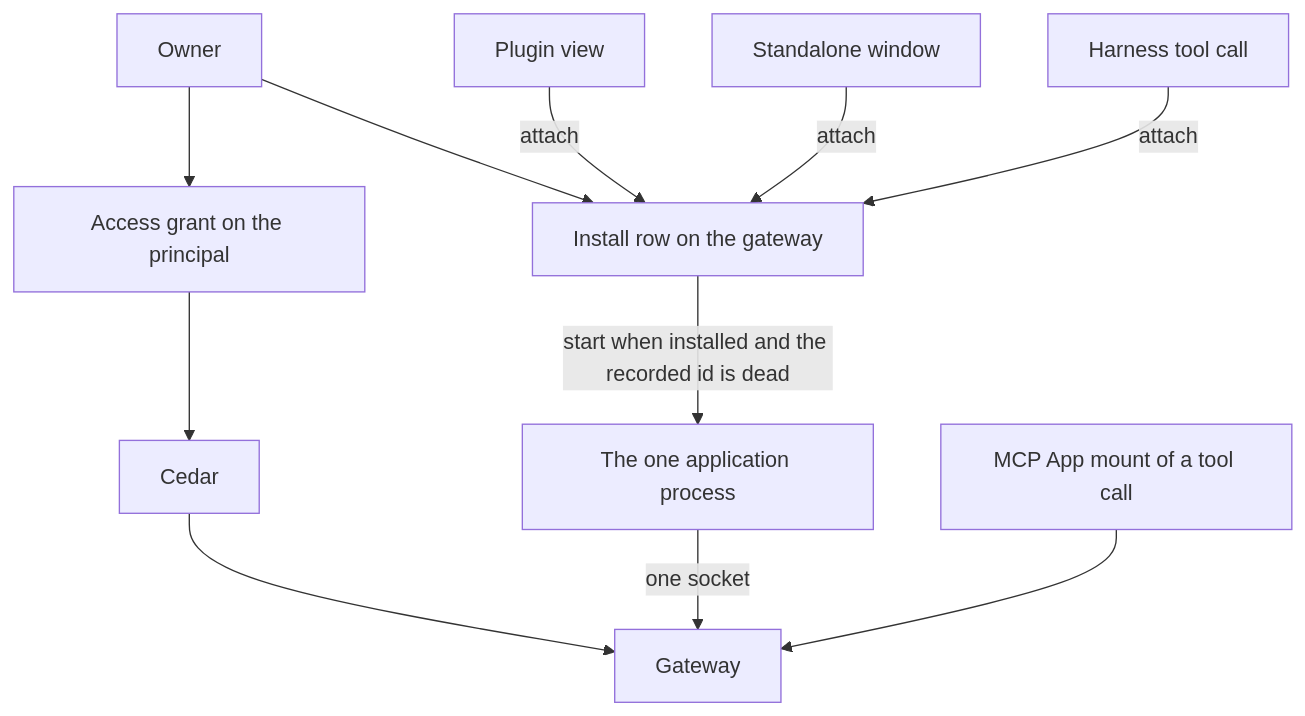
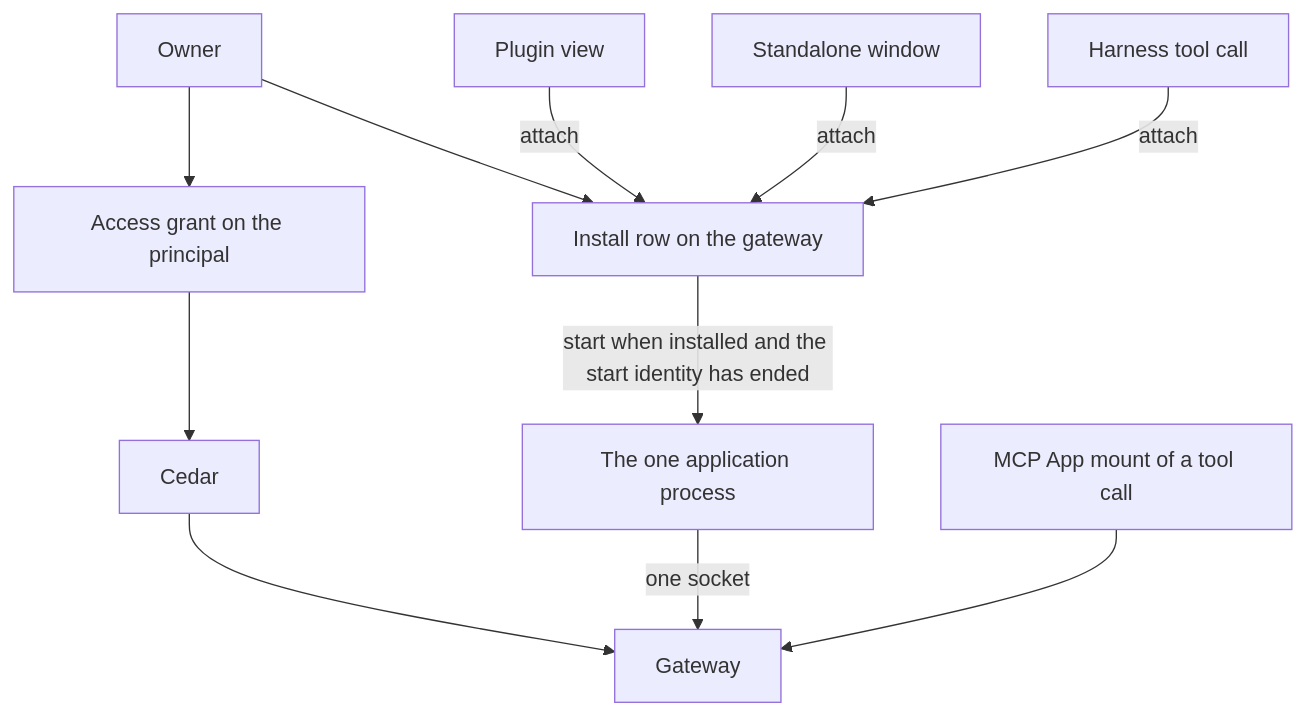
Before and after one commit to nessalabs/nessa-agent: the second of 3 diagrams in docs/design/application-framework.md, drawn with Mermaid. The commit also changed other lines of this file, not shown here.

First line of the commit message:
Give the application lifecycle one owner, one identity, and one audit.

````diff
--- a/docs/design/application-framework.md
+++ b/docs/design/application-framework.md
@@ -175,23 +175,23 @@
 ```mermaid
 flowchart TD
   owner[Owner]
   grant[Access grant on the principal]
   cedar[Cedar]
   row[Install row on the gateway]
   process[The one application process]
   plugin[Plugin view]
   standalone[Standalone window]
   harness[Harness tool call]
   mount[MCP App mount of a tool call]
   gateway[Gateway]
   owner --> grant
   grant --> cedar
   cedar --> gateway
   owner --> row
-  row -->|start when installed and the recorded id is dead| process
+  row -->|start when installed and the start identity has ended| process
   plugin -->|attach| row
   standalone -->|attach| row
   harness -->|attach| row
   process -->|one socket| gateway
   mount --> gateway
 ```
````
